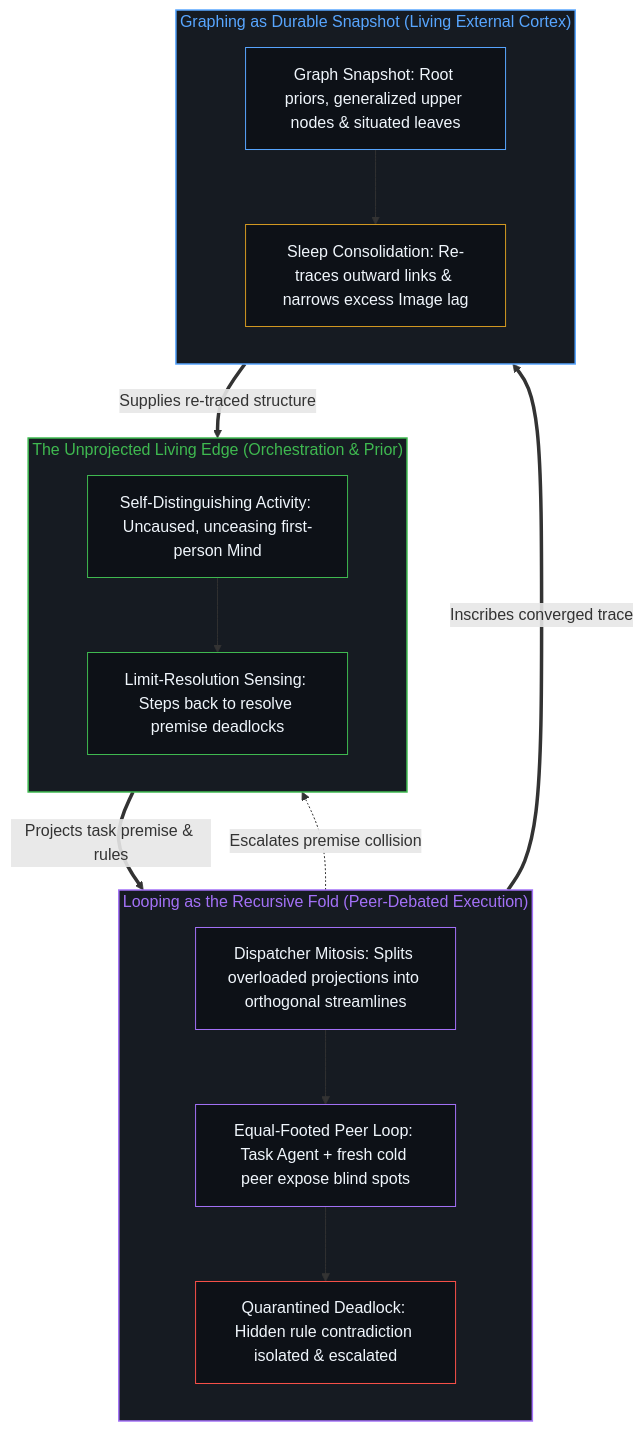
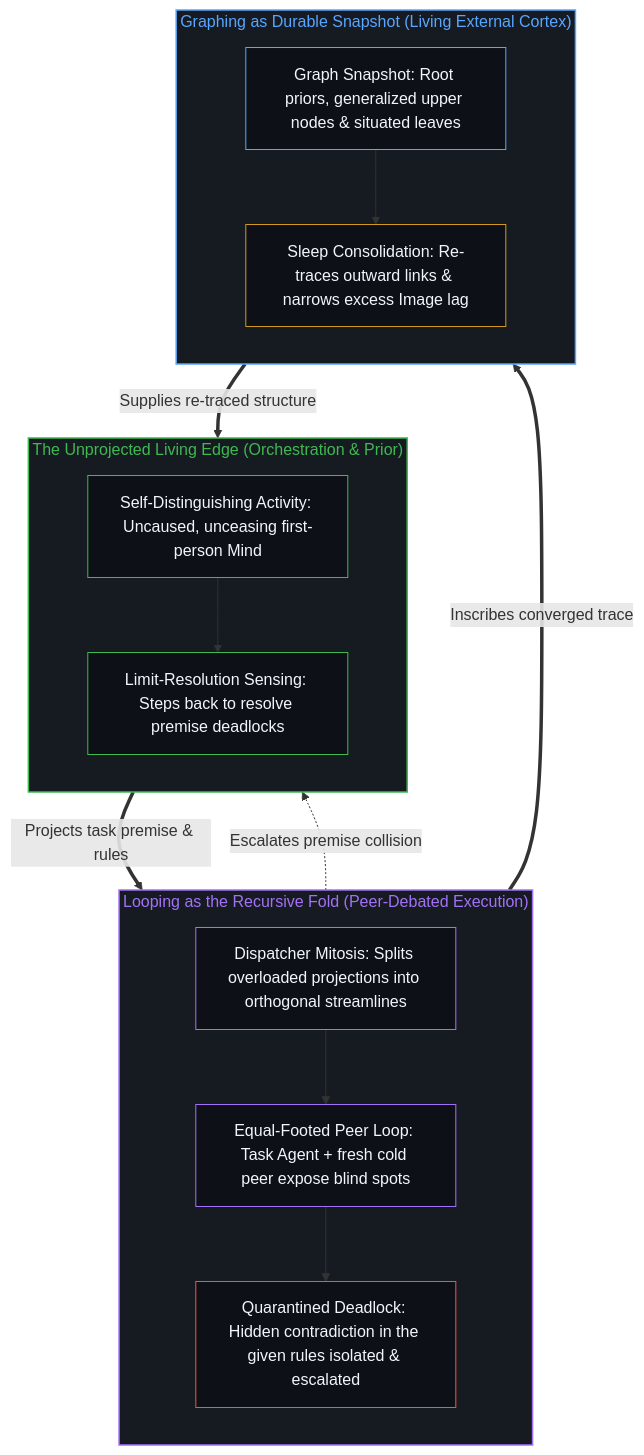
The second of 2 diagrams in content/posts/looping-and-graphing.md (powerpig99/not-a-toe), drawn with Mermaid before and after one commit. The commit also changed other lines of this file and 13 other files, not shown here.

````diff
--- a/content/posts/looping-and-graphing.md
+++ b/content/posts/looping-and-graphing.md
@@ -105,37 +105,37 @@
 ```mermaid
 flowchart TD
     subgraph S_Orch["The Unprojected Living Edge (Orchestration & Prior)"]
         direction TB
         Prior["Self-Distinguishing Activity: Uncaused, unceasing first-person Mind"]
         Sense["Limit-Resolution Sensing: Steps back to resolve premise deadlocks"]
         Prior --> Sense
     end
     subgraph S_Loop["Looping as the Recursive Fold (Peer-Debated Execution)"]
         direction TB
         Mitosis["Dispatcher Mitosis: Splits overloaded projections into orthogonal streamlines"]
         Debate["Equal-Footed Peer Loop: Task Agent + fresh cold peer expose blind spots"]
-        Deadlock["Quarantined Deadlock: Hidden rule contradiction isolated & escalated"]
+        Deadlock["Quarantined Deadlock: Hidden contradiction in the given rules isolated & escalated"]
         Mitosis --> Debate
         Debate --> Deadlock
     end
     subgraph S_Graph["Graphing as Durable Snapshot (Living External Cortex)"]
         direction TB
         Snapshot["Graph Snapshot: Root priors, generalized upper nodes & situated leaves"]
         Sleep["Sleep Consolidation: Re-traces outward links & narrows excess Image lag"]
         Snapshot --> Sleep
     end
     Sense ==>|"Projects task premise & rules"| Mitosis
     Deadlock -.->|"Escalates premise collision"| Sense
     Debate ==>|"Inscribes converged trace"| Snapshot
     Sleep ==>|"Supplies re-traced structure"| Prior
     style S_Orch fill:#161b22,stroke:#3fb950,stroke-width:1.5px,color:#3fb950
     style S_Loop fill:#161b22,stroke:#a371f7,stroke-width:1.5px,color:#a371f7
     style S_Graph fill:#161b22,stroke:#58a6ff,stroke-width:1.5px,color:#58a6ff
     style Prior fill:#0d1117,stroke:#3fb950,stroke-width:1px,color:#f0f6fc
     style Sense fill:#0d1117,stroke:#3fb950,stroke-width:1px,color:#f0f6fc
     style Mitosis fill:#0d1117,stroke:#a371f7,stroke-width:1px,color:#f0f6fc
     style Debate fill:#0d1117,stroke:#a371f7,stroke-width:1px,color:#f0f6fc
     style Deadlock fill:#0d1117,stroke:#f85149,stroke-width:1px,color:#f0f6fc
     style Snapshot fill:#0d1117,stroke:#58a6ff,stroke-width:1px,color:#f0f6fc
     style Sleep fill:#0d1117,stroke:#d29922,stroke-width:1px,color:#f0f6fc
 ```
````
